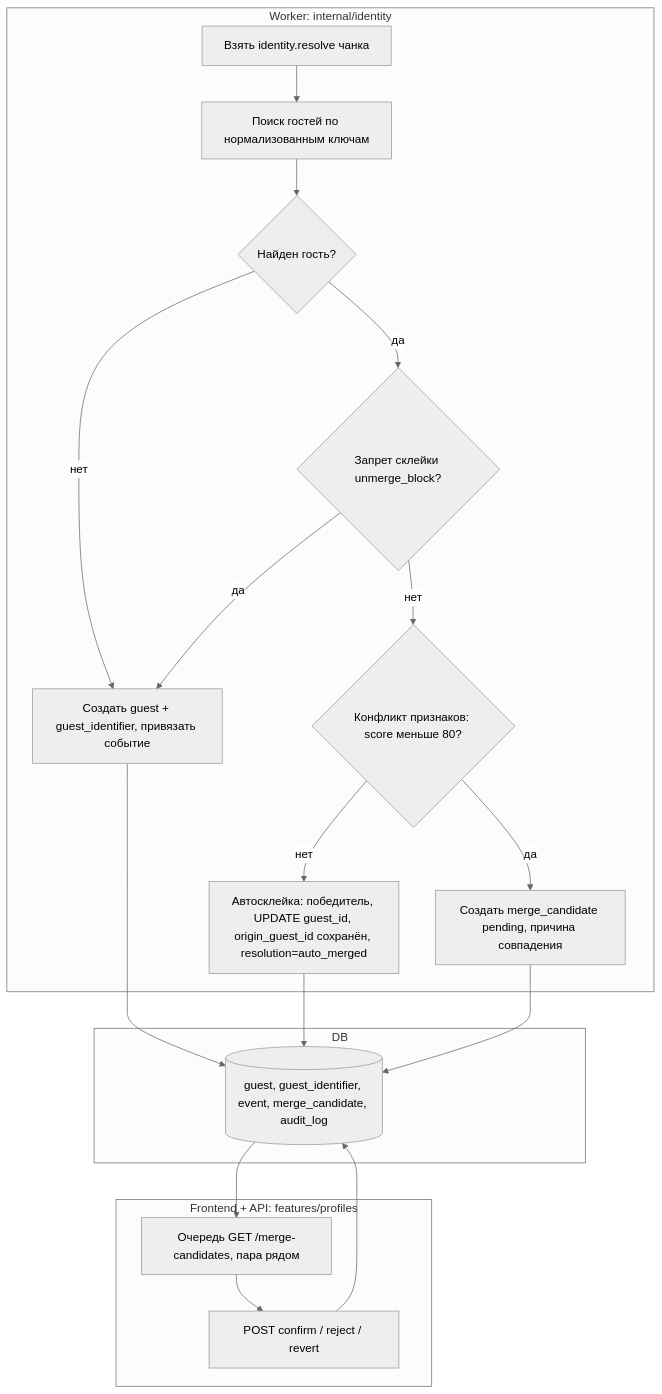
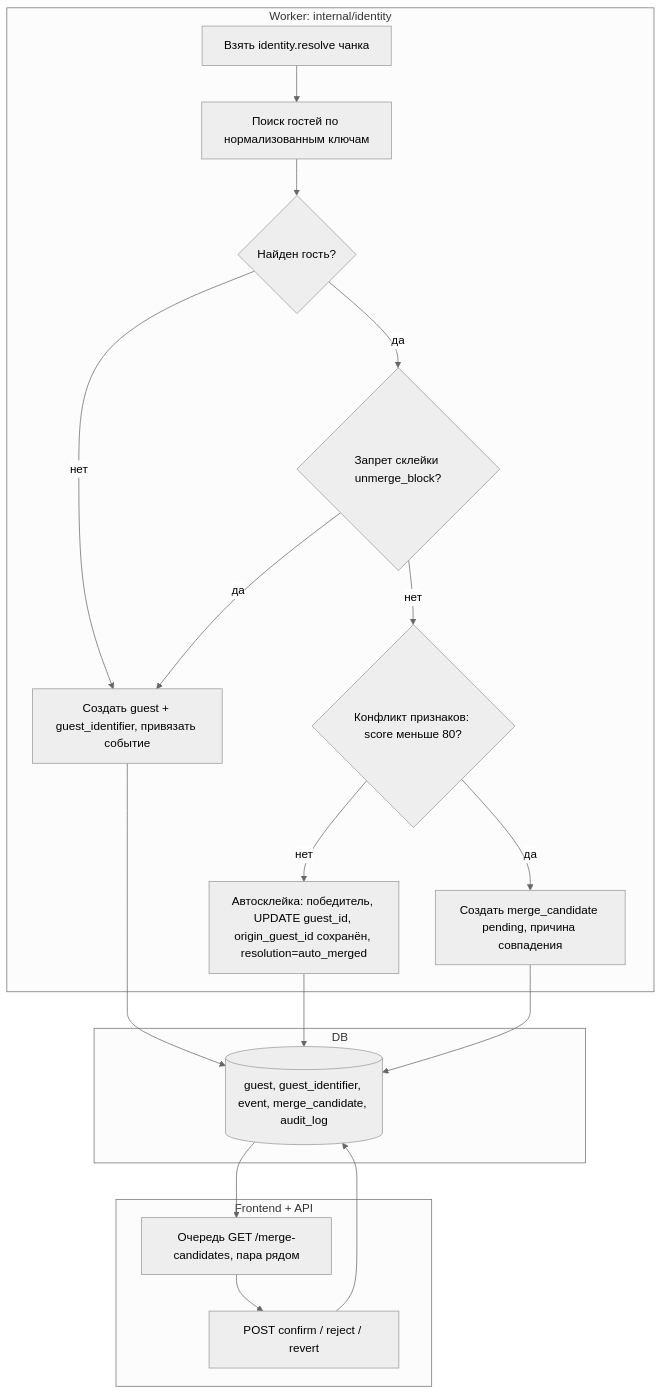
One commit to MangriMen/UCRP changed the third of 6 diagrams in docs/design/08-activity-diagrams.md. Above: the diagram before and after it, drawn with Mermaid (neutral theme). The commit also changed other lines of this file and 10 other files, not shown here.

````diff
--- a/docs/design/08-activity-diagrams.md
+++ b/docs/design/08-activity-diagrams.md
@@ -76,28 +76,28 @@
 ```mermaid
 flowchart TB
   subgraph WK["Worker: internal/identity"]
     W1["Взять identity.resolve чанка"]
     W2["Поиск гостей по нормализованным ключам"]
     W3{"Найден гость?"}
     W4["Создать guest + guest_identifier, привязать событие"]
     W5{"Запрет склейки unmerge_block?"}
     W6{"Конфликт признаков: score меньше 80?"}
     W7["Автосклейка: победитель, UPDATE guest_id, origin_guest_id сохранён, resolution=auto_merged"]
     W8["Создать merge_candidate pending, причина совпадения"]
   end
   subgraph DB["DB"]
     D1[("guest, guest_identifier, event, merge_candidate, audit_log")]
   end
-  subgraph FE["Frontend + API: features/profiles"]
+  subgraph FE["Frontend + API"]
     F1["Очередь GET /merge-candidates, пара рядом"]
     F2["POST confirm / reject / revert"]
   end
   W1 --> W2 --> W3
   W3 -- нет --> W4 --> D1
   W3 -- да --> W5
   W5 -- да --> W4
   W5 -- нет --> W6
   W6 -- нет --> W7 --> D1
   W6 -- да --> W8 --> D1
   D1 --> F1 --> F2 --> D1
 ```
````
